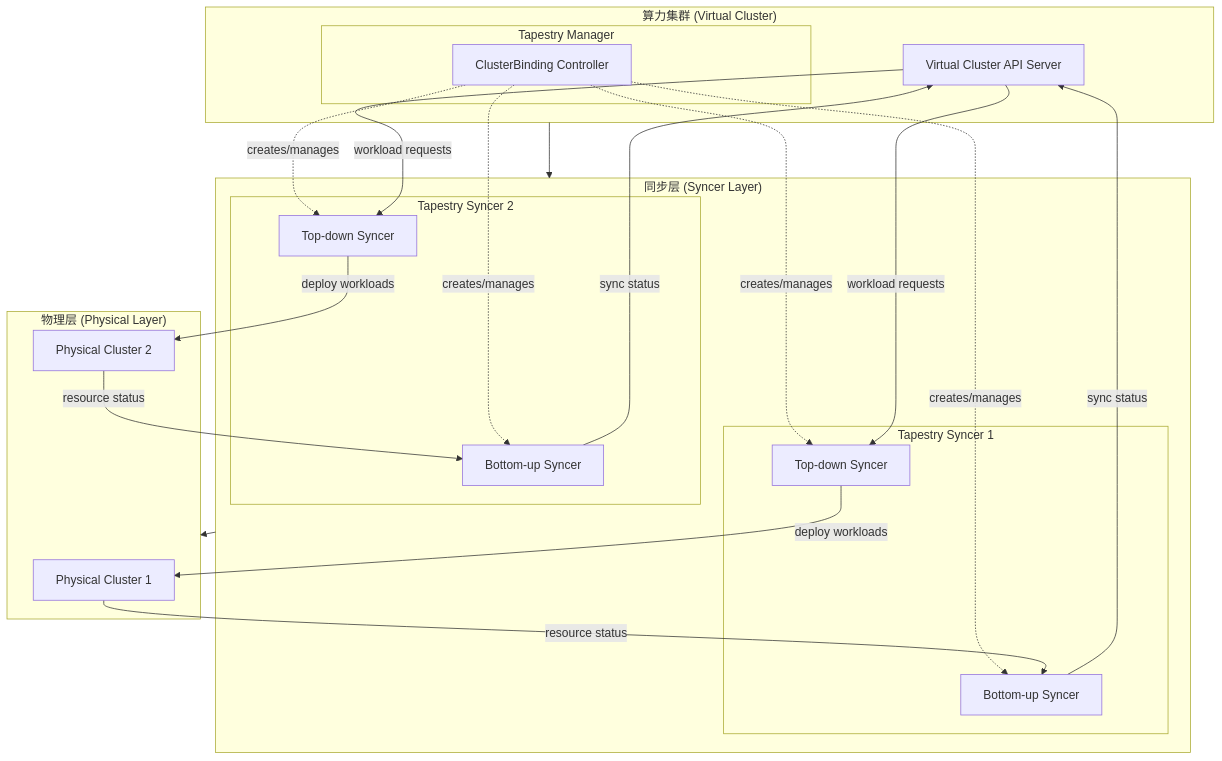
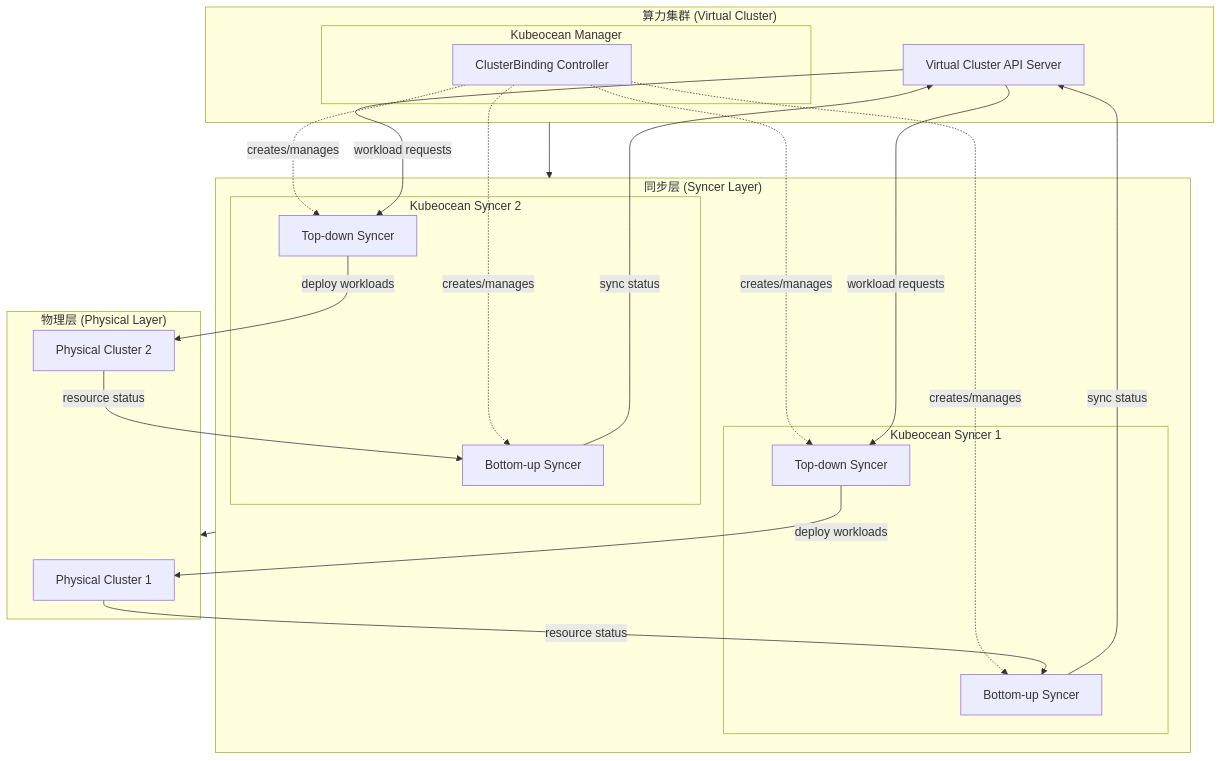
The diagram in docs/design.md (gocrane/kubeocean), drawn with Mermaid before and after one commit. The commit also changed other lines of this file and 140 other files, not shown here.

Commit message:
chore: modify project name from tapestry to kubeocean

````diff
--- a/docs/design.md
+++ b/docs/design.md
@@ -11,48 +11,48 @@
 ```mermaid
 flowchart TD
     subgraph TOP["算力集群 (Virtual Cluster)"]
         VC[Virtual Cluster API Server]
-        subgraph "Tapestry Manager"
+        subgraph "Kubeocean Manager"
             CB[ClusterBinding Controller]
         end
     end
     
     subgraph MIDDLE["同步层 (Syncer Layer)"]
-        subgraph "Tapestry Syncer 1"
+        subgraph "Kubeocean Syncer 1"
             BUS1[Bottom-up Syncer]
             TDS1[Top-down Syncer]
         end
         
-        subgraph "Tapestry Syncer 2"
+        subgraph "Kubeocean Syncer 2"
             BUS2[Bottom-up Syncer]
             TDS2[Top-down Syncer]
         end
     end
     
     subgraph BOTTOM["物理层 (Physical Layer)"]
         PC1[Physical Cluster 1]
         PC2[Physical Cluster 2]
     end
     
     %% Vertical positioning
     TOP --> MIDDLE
     MIDDLE --> BOTTOM
     
     %% Management connections (dashed lines)
     CB -.->|creates/manages| BUS1
     CB -.->|creates/manages| TDS1
     CB -.->|creates/manages| BUS2
     CB -.->|creates/manages| TDS2
     
     %% Bottom-up sync
     PC1 -->|resource status| BUS1
     PC2 -->|resource status| BUS2
     BUS1 -->|sync status| VC
     BUS2 -->|sync status| VC
     
     %% Top-down sync
     VC -->|workload requests| TDS1
     VC -->|workload requests| TDS2
     TDS1 -->|deploy workloads| PC1
     TDS2 -->|deploy workloads| PC2
 ```
````
